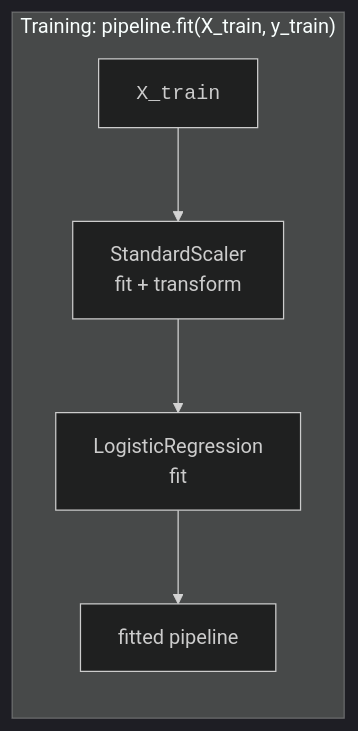
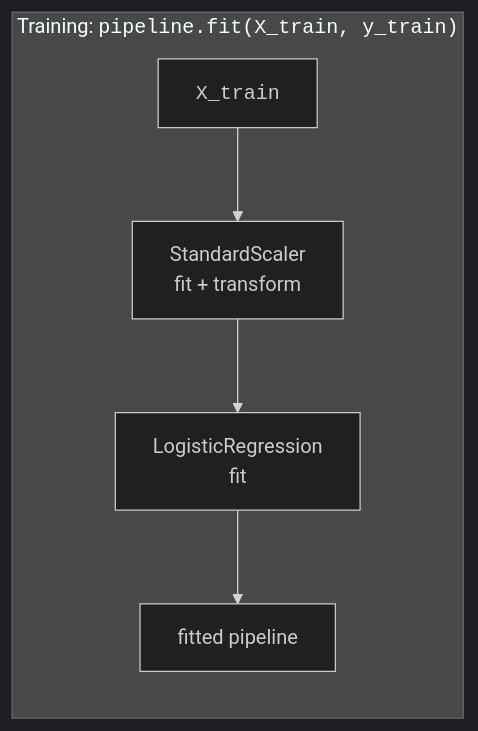
The first of 3 diagrams in content/courses/machine-learning-scikit-learn/pipelines-and-columntransformer.mdx (dataslope/dataslope), drawn with Mermaid (dark theme) before and after one commit. The commit also changed other lines of this file and 65 other files, not shown here.

First line of the commit message:
Set code in every mermaid label in the mono face

````diff
--- a/content/courses/machine-learning-scikit-learn/pipelines-and-columntransformer.mdx
+++ b/content/courses/machine-learning-scikit-learn/pipelines-and-columntransformer.mdx
@@ -85,8 +85,8 @@
 ```mermaid
 flowchart LR
-    subgraph Training ["Training: pipeline.fit(X_train, y_train)"]
+    subgraph Training ["Training: <code>pipeline.fit(X_train, y_train)</code>"]
         A["<code>X_train</code>"] --> B["StandardScaler<br/>fit + transform"]
         B --> C["LogisticRegression<br/>fit"]
         C --> D["fitted pipeline"]
     end
 ```
````
